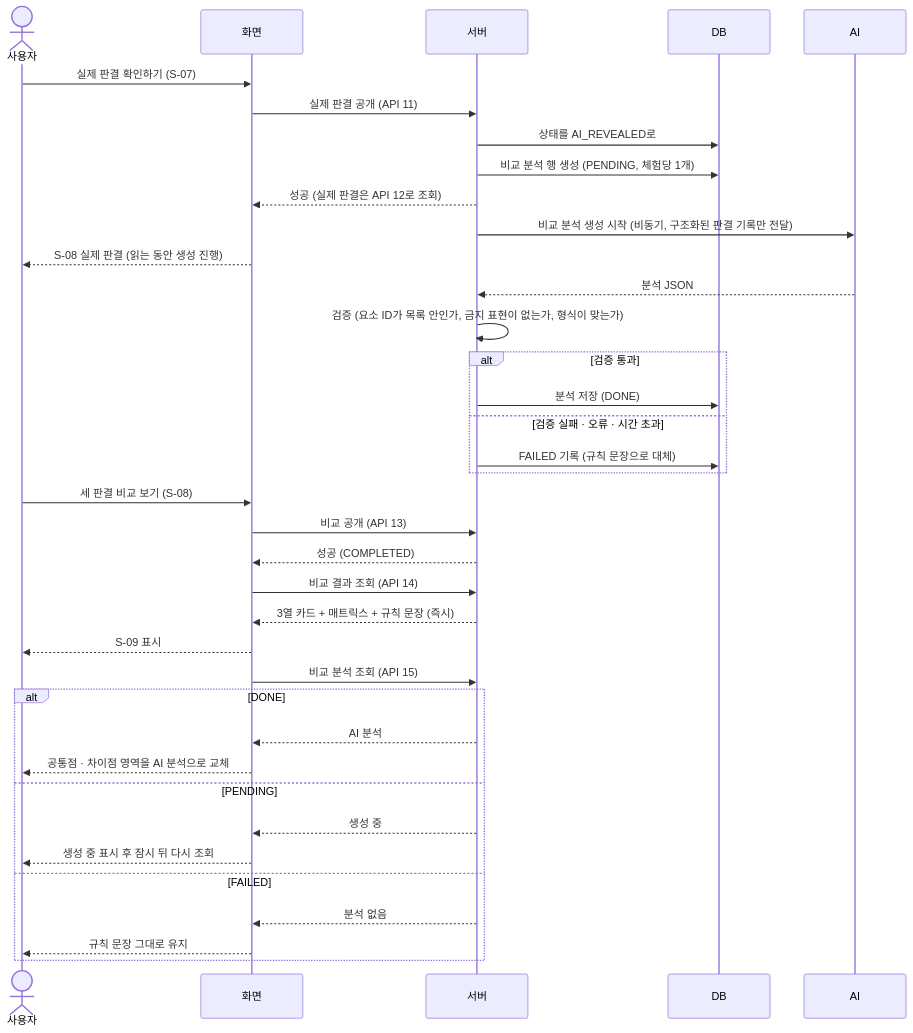
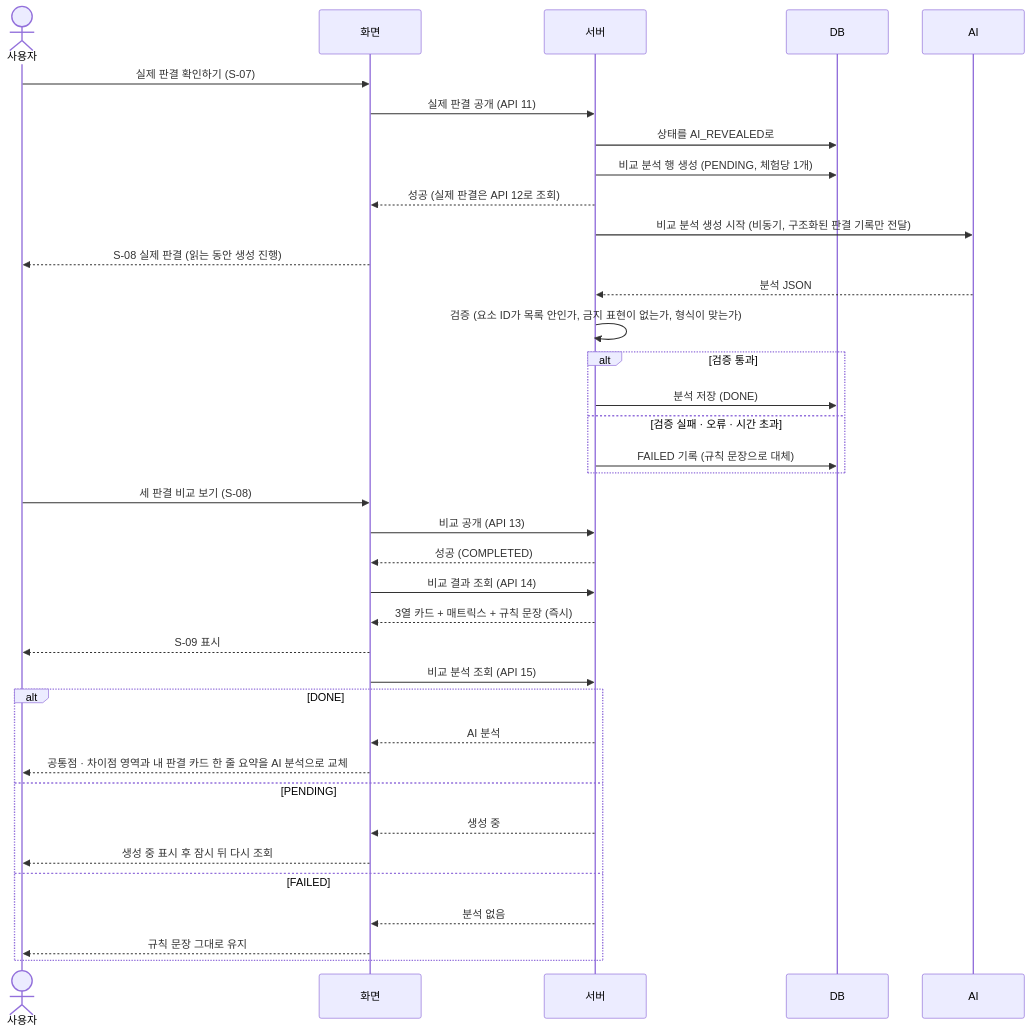
One commit to prgrms-aibe-devcourse/AIBE7_FinalProject_Team2 changed the seventh of 7 diagrams in docs/sequence-diagram.md. Above: the diagram before and after it, drawn with Mermaid. The commit also changed other lines of this file and 1 other file, not shown here.

Commit message:
docs : COMMON-4 API 명세 · 시퀀스 다이어그램에 정합성 점검 결정 반영

````diff
--- a/docs/sequence-diagram.md
+++ b/docs/sequence-diagram.md
@@ -265,40 +274,40 @@
 ```mermaid
 sequenceDiagram
   actor U as 사용자
   participant F as 화면
   participant S as 서버
   participant D as DB
   participant A as AI
 
   U->>F: 실제 판결 확인하기 (S-07)
   F->>S: 실제 판결 공개 (API 11)
   S->>D: 상태를 AI_REVEALED로
   S->>D: 비교 분석 행 생성 (PENDING, 체험당 1개)
   S-->>F: 성공 (실제 판결은 API 12로 조회)
   S->>A: 비교 분석 생성 시작 (비동기, 구조화된 판결 기록만 전달)
   F-->>U: S-08 실제 판결 (읽는 동안 생성 진행)
   A-->>S: 분석 JSON
   S->>S: 검증 (요소 ID가 목록 안인가, 금지 표현이 없는가, 형식이 맞는가)
   alt 검증 통과
     S->>D: 분석 저장 (DONE)
   else 검증 실패 · 오류 · 시간 초과
     S->>D: FAILED 기록 (규칙 문장으로 대체)
   end
   U->>F: 세 판결 비교 보기 (S-08)
   F->>S: 비교 공개 (API 13)
   S-->>F: 성공 (COMPLETED)
   F->>S: 비교 결과 조회 (API 14)
   S-->>F: 3열 카드 + 매트릭스 + 규칙 문장 (즉시)
   F-->>U: S-09 표시
   F->>S: 비교 분석 조회 (API 15)
   alt DONE
     S-->>F: AI 분석
-    F-->>U: 공통점 · 차이점 영역을 AI 분석으로 교체
+    F-->>U: 공통점 · 차이점 영역과 내 판결 카드 한 줄 요약을 AI 분석으로 교체
   else PENDING
     S-->>F: 생성 중
     F-->>U: 생성 중 표시 후 잠시 뒤 다시 조회
   else FAILED
     S-->>F: 분석 없음
     F-->>U: 규칙 문장 그대로 유지
   end
 ```
````
